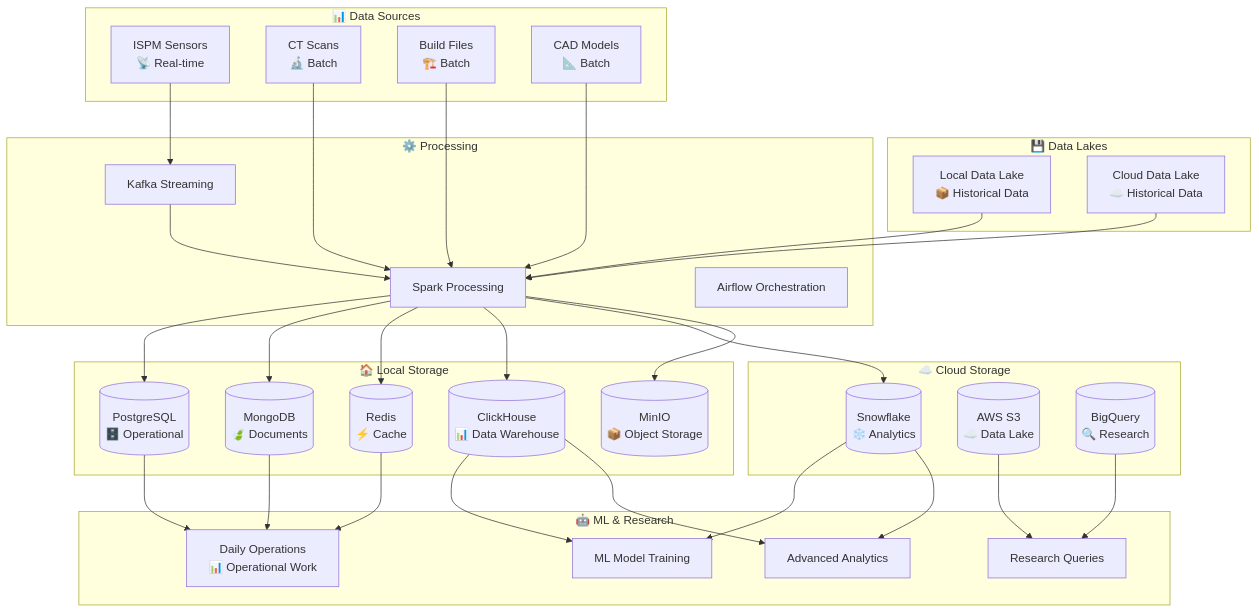
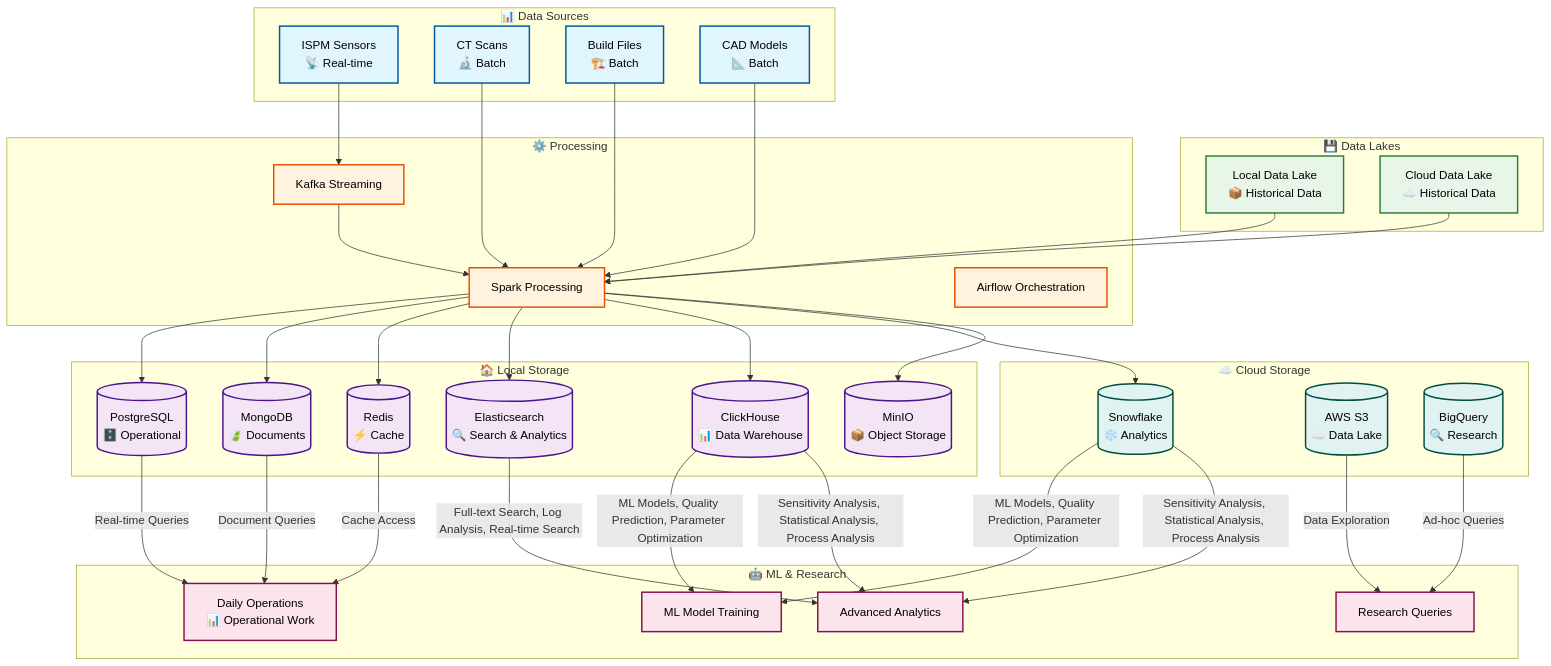
Before and after one commit to kanhaiya-gupta/pbf-lbm-data-engineering-pipeline: the first of 3 diagrams in README.md, drawn with Mermaid. The commit also changed other lines of this file and 1 other file, not shown here.

````diff
--- a/README.md
+++ b/README.md
@@ -51,6 +51,7 @@
         REDIS[(Redis<br/>⚡ Cache)]
         MINIO[(MinIO<br/>📦 Object Storage)]
         CLICKHOUSE[(ClickHouse<br/>📊 Data Warehouse)]
+        ELASTICSEARCH[(Elasticsearch<br/>🔍 Search & Analytics)]
     end
 
     subgraph "☁️ Cloud Storage"
@@ -77,18 +78,35 @@
     SPARK --> POSTGRES
     SPARK --> MONGODB
     SPARK --> REDIS
+    SPARK --> ELASTICSEARCH
     SPARK --> CLICKHOUSE
     SPARK --> SNOWFLAKE
     SPARK --> MINIO
 
     %% ML and Analytics Usage
-    POSTGRES --> OPERATIONS
-    MONGODB --> OPERATIONS
-    REDIS --> OPERATIONS
-    CLICKHOUSE --> ML_TRAINING
-    SNOWFLAKE --> ML_TRAINING
-    CLICKHOUSE --> ADVANCED_ANALYTICS
-    SNOWFLAKE --> ADVANCED_ANALYTICS
-    AWS_S3 --> RESEARCH
-    BIGQUERY --> RESEARCH
+    POSTGRES -->|Real-time Queries| OPERATIONS
+    MONGODB -->|Document Queries| OPERATIONS
+    REDIS -->|Cache Access| OPERATIONS
+    CLICKHOUSE -->|ML Models, Quality Prediction, Parameter Optimization| ML_TRAINING
+    SNOWFLAKE -->|ML Models, Quality Prediction, Parameter Optimization| ML_TRAINING
+    CLICKHOUSE -->|Sensitivity Analysis, Statistical Analysis, Process Analysis| ADVANCED_ANALYTICS
+    SNOWFLAKE -->|Sensitivity Analysis, Statistical Analysis, Process Analysis| ADVANCED_ANALYTICS
+    ELASTICSEARCH -->|Full-text Search, Log Analysis, Real-time Search| ADVANCED_ANALYTICS
+    AWS_S3 -->|Data Exploration| RESEARCH
+    BIGQUERY -->|Ad-hoc Queries| RESEARCH
+
+    %% Styling
+    classDef dataSource fill:#e1f5ff,stroke:#01579b,stroke-width:2px,color:#000
+    classDef dataLake fill:#e8f5e9,stroke:#2e7d32,stroke-width:2px,color:#000
+    classDef processing fill:#fff3e0,stroke:#e65100,stroke-width:2px,color:#000
+    classDef localStorage fill:#f3e5f5,stroke:#4a148c,stroke-width:2px,color:#000
+    classDef cloudStorage fill:#e0f2f1,stroke:#004d40,stroke-width:2px,color:#000
+    classDef mlResearch fill:#fce4ec,stroke:#880e4f,stroke-width:2px,color:#000
+
+    class ISPM,CT,BUILD,CAD dataSource
+    class DATA_LAKE_LOCAL,DATA_LAKE_CLOUD dataLake
+    class KAFKA,SPARK,AIRFLOW processing
+    class POSTGRES,MONGODB,REDIS,MINIO,CLICKHOUSE,ELASTICSEARCH localStorage
+    class SNOWFLAKE,AWS_S3,BIGQUERY cloudStorage
+    class ML_TRAINING,ADVANCED_ANALYTICS,RESEARCH,OPERATIONS mlResearch
 ```
````
